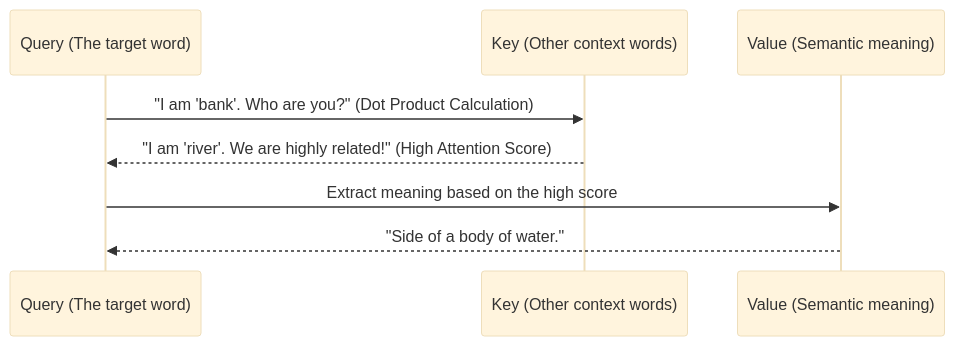
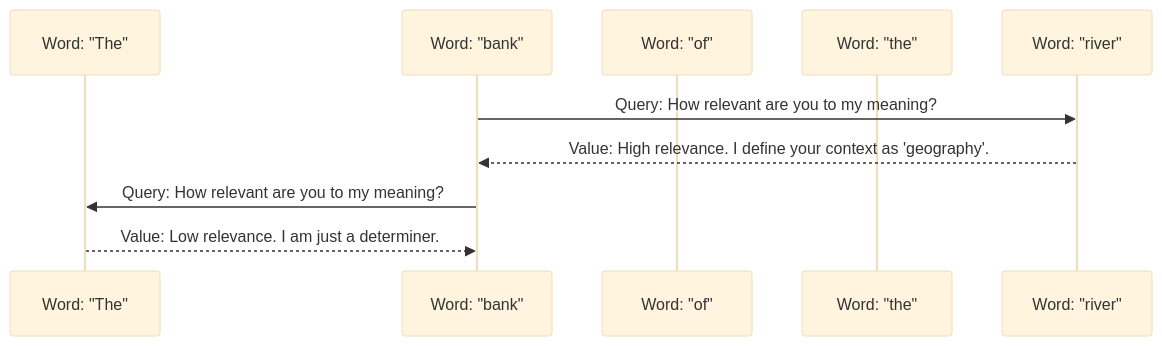
Before and after one commit to rayyan-41/de-anima: the first of 5 diagrams in Science/Computer Science/Artifical Intelligence/Transformer Models vs Diffusion in Agentic AI, LLMs and SLMs.md, drawn with Mermaid (base theme). The commit also changed other lines of this file and 3 other files, not shown here.

````diff
--- a/Science/Computer Science/Artifical Intelligence/Transformer Models vs Diffusion in Agentic AI, LLMs and SLMs.md
+++ b/Science/Computer Science/Artifical Intelligence/Transformer Models vs Diffusion in Agentic AI, LLMs and SLMs.md
@@ -56,10 +38,13 @@
 ```mermaid
 sequenceDiagram
-    participant Q as Query (The target word)
-    participant K as Key (Other context words)
-    participant V as Value (Semantic meaning)
-    Q->>K: "I am 'bank'. Who are you?" (Dot Product Calculation)
-    K-->>Q: "I am 'river'. We are highly related!" (High Attention Score)
-    Q->>V: Extract meaning based on the high score
-    V-->>Q: "Side of a body of water."
+    participant W1 as Word: "The"
+    participant W2 as Word: "bank"
+    participant W3 as Word: "of"
+    participant W4 as Word: "the"
+    participant W5 as Word: "river"
+
+    W2->>W5: Query: How relevant are you to my meaning?
+    W5-->>W2: Value: High relevance. I define your context as 'geography'.
+    W2->>W1: Query: How relevant are you to my meaning?
+    W1-->>W2: Value: Low relevance. I am just a determiner.
 ```
````
